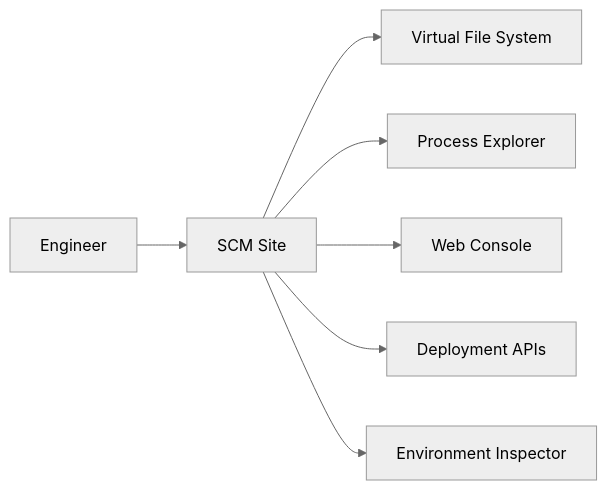
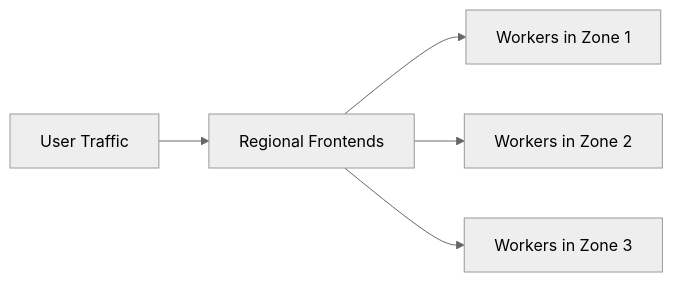
The eighth of 8 diagrams in docs/platform/how-app-service-works.md (yeongseon/azure-app-service-practical-guide), drawn with Mermaid (neutral theme) before and after one commit. The commit also changed other lines of this file, not shown here.

````diff
--- a/docs/platform/how-app-service-works.md
+++ b/docs/platform/how-app-service-works.md
@@ -158,9 +564,7 @@
 ```mermaid
-flowchart LR
-    Engineer[Engineer] --> SCM[SCM Site]
-    SCM --> VFS[Virtual File System]
-    SCM --> Proc[Process Explorer]
-    SCM --> Console[Web Console]
-    SCM --> Deploy[Deployment APIs]
-    SCM --> Env[Environment Inspector]
+graph LR
+    U[User Traffic] --> FE[Regional Frontends]
+    FE --> Z1[Workers in Zone 1]
+    FE --> Z2[Workers in Zone 2]
+    FE --> Z3[Workers in Zone 3]
 ```
````
